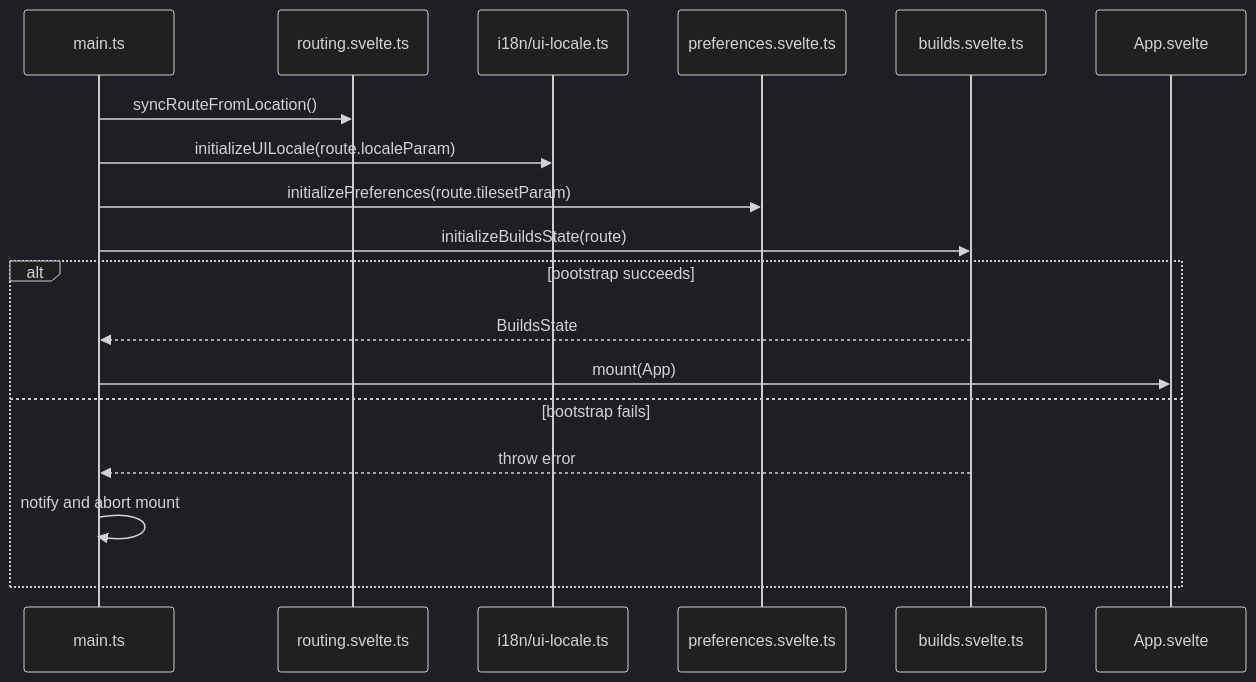
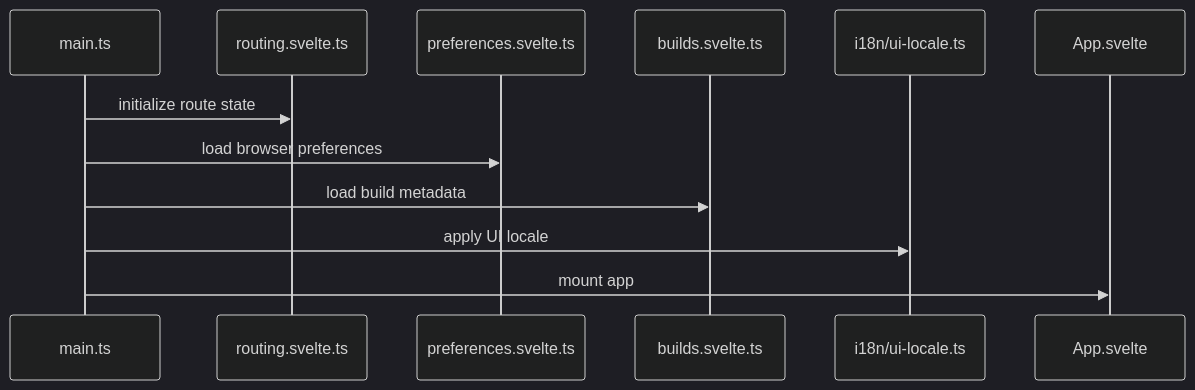
Before and after one commit to ushkinaz/cbn-guide: the diagram in docs/routing.md, drawn with Mermaid (dark theme). The commit also changed other lines of this file and 2 other files, not shown here.

First line of the commit message:
refactor(docs): update architecture and routing docs for restructured modules

````diff
--- a/docs/routing.md
+++ b/docs/routing.md
@@ -160,22 +97,15 @@
 ```mermaid
 sequenceDiagram
     participant Main as main.ts
     participant Route as routing.svelte.ts
-    participant I18n as i18n/ui-locale.ts
     participant Prefs as preferences.svelte.ts
     participant Builds as builds.svelte.ts
+    participant I18n as i18n/ui-locale.ts
     participant App as App.svelte
 
-    Main->>Route: syncRouteFromLocation()
-    Main->>I18n: initializeUILocale(route.localeParam)
-    Main->>Prefs: initializePreferences(route.tilesetParam)
-    Main->>Builds: initializeBuildsState(route)
-
-    alt bootstrap succeeds
-        Builds-->>Main: BuildsState
-        Main->>App: mount(App)
-    else bootstrap fails
-        Builds-->>Main: throw error
-        Main->>Main: notify and abort mount
-    end
+    Main->>Route: initialize route state
+    Main->>Prefs: load browser preferences
+    Main->>Builds: load build metadata
+    Main->>I18n: apply UI locale
+    Main->>App: mount app
 ```
````
